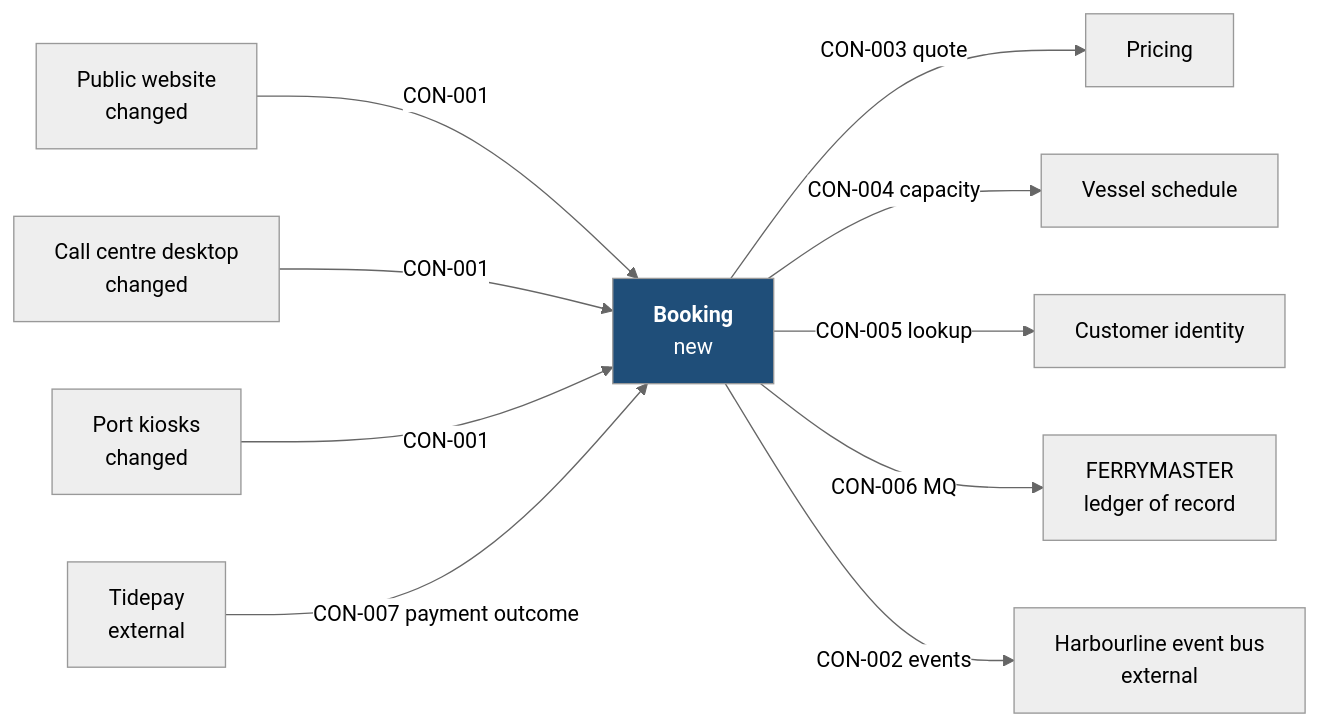
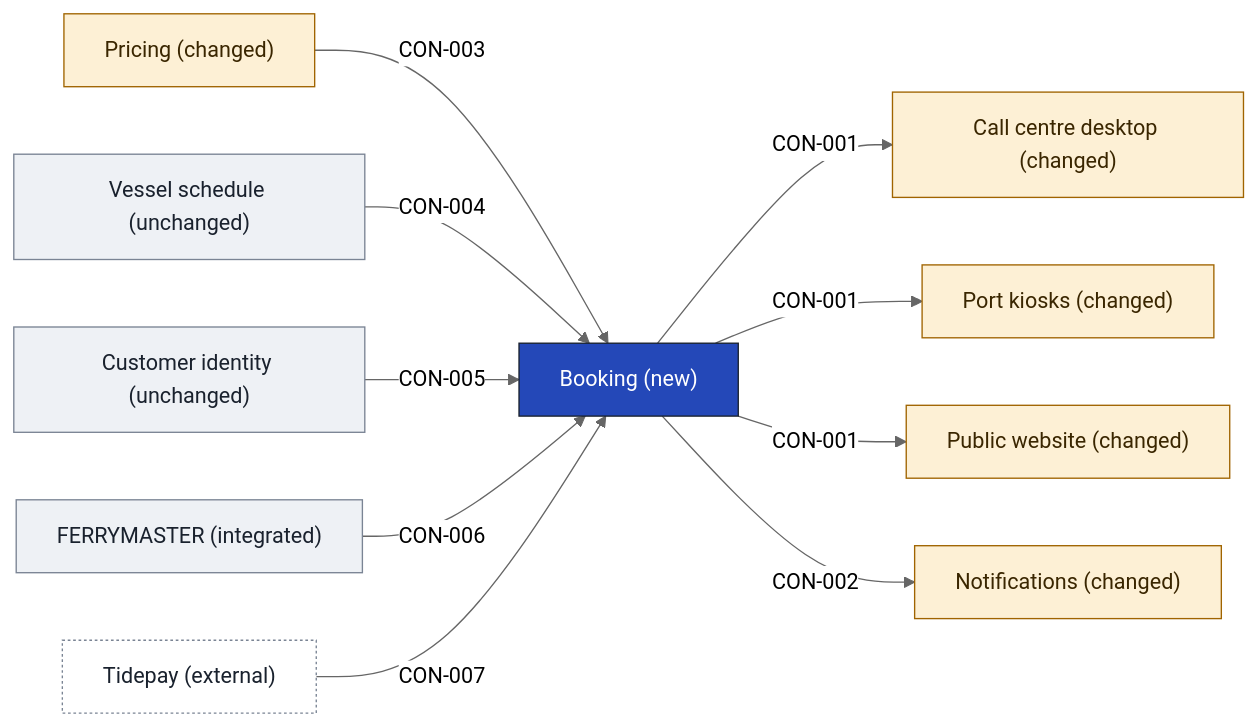
One commit to smalls257/vela changed the first of 2 diagrams in examples/unified-booking/05-building-blocks/booking-building-blocks.md. Above: the diagram before and after it, drawn with Mermaid (neutral theme). The commit also changed other lines of this file and 21 other files, not shown here.

First line of the commit message:
Draw context, system and app diagrams from the contracts

````diff
--- a/examples/unified-booking/05-building-blocks/booking-building-blocks.md
+++ b/examples/unified-booking/05-building-blocks/booking-building-blocks.md
@@ -31,24 +32,30 @@
 ```mermaid
 flowchart LR
-  web["Public website<br/>changed"]
-  cc["Call centre desktop<br/>changed"]
-  kio["Port kiosks<br/>changed"]
-  bk["<b>Booking</b><br/>new"]
-  pr["Pricing"]
-  vs["Vessel schedule"]
-  ci["Customer identity"]
-  fm["FERRYMASTER<br/>ledger of record"]
-  tp["Tidepay<br/>external"]
-  bus["Harbourline event bus<br/>external"]
-  web -->|"CON-001"| bk
-  cc -->|"CON-001"| bk
-  kio -->|"CON-001"| bk
-  tp -->|"CON-007 payment outcome"| bk
-  bk -->|"CON-003 quote"| pr
-  bk -->|"CON-004 capacity"| vs
-  bk -->|"CON-005 lookup"| ci
-  bk -->|"CON-006 MQ"| fm
-  bk -->|"CON-002 events"| bus
-  classDef focus fill:#1f4e79,color:#fff
-  class bk focus
+  n_APP_booking["Booking (new)"]
+  n_APP_call_centre["Call centre desktop (changed)"]
+  n_APP_customer_identity["Customer identity (unchanged)"]
+  n_APP_ferrymaster["FERRYMASTER (integrated)"]
+  n_APP_kiosks["Port kiosks (changed)"]
+  n_APP_notifications["Notifications (changed)"]
+  n_APP_pricing["Pricing (changed)"]
+  n_APP_vessel_schedule["Vessel schedule (unchanged)"]
+  n_APP_website["Public website (changed)"]
+  x_tidepay__external_["Tidepay (external)"]
+  n_APP_booking -->|"CON-001"| n_APP_call_centre
+  n_APP_booking -->|"CON-001"| n_APP_kiosks
+  n_APP_booking -->|"CON-001"| n_APP_website
+  n_APP_booking -->|"CON-002"| n_APP_notifications
+  n_APP_pricing -->|"CON-003"| n_APP_booking
+  n_APP_vessel_schedule -->|"CON-004"| n_APP_booking
+  n_APP_customer_identity -->|"CON-005"| n_APP_booking
+  n_APP_ferrymaster -->|"CON-006"| n_APP_booking
+  x_tidepay__external_ -->|"CON-007"| n_APP_booking
+  classDef changed fill:#fdf0d5,stroke:#a06400,color:#3a2600
+  classDef external fill:#ffffff,stroke:#7a8494,color:#19212d,stroke-dasharray:2 2
+  classDef focus fill:#2448b8,stroke:#19212d,color:#ffffff
+  classDef unchanged fill:#eef1f5,stroke:#7a8494,color:#19212d
+  class n_APP_call_centre,n_APP_kiosks,n_APP_notifications,n_APP_pricing,n_APP_website changed
+  class x_tidepay__external_ external
+  class n_APP_booking focus
+  class n_APP_customer_identity,n_APP_ferrymaster,n_APP_vessel_schedule unchanged
 ```
````
